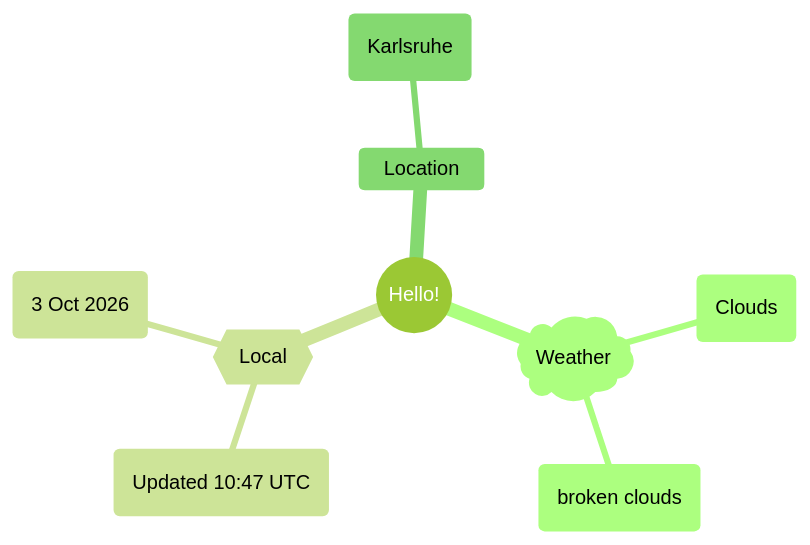
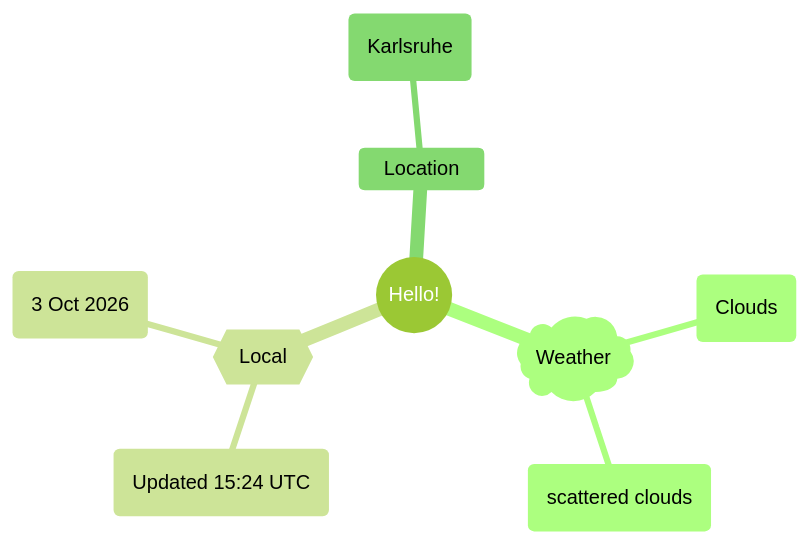
The first of 2 diagrams in README.md (Xosrov/Xosrov), drawn with Mermaid (forest theme) before and after one commit.

Commit message:
[bot] updated images

````diff
--- a/README.md
+++ b/README.md
@@ -3,12 +3,12 @@
 ```mermaid
 mindmap
   root((Hello!))
     )Weather(
         (Clouds)
-        (broken clouds)
+        (scattered clouds)
     {{Local}}
-        (Updated 10:47 UTC)
+        (Updated 15:24 UTC)
         (3 Oct 2026)
     Location
         (Karlsruhe)
 ```
````
